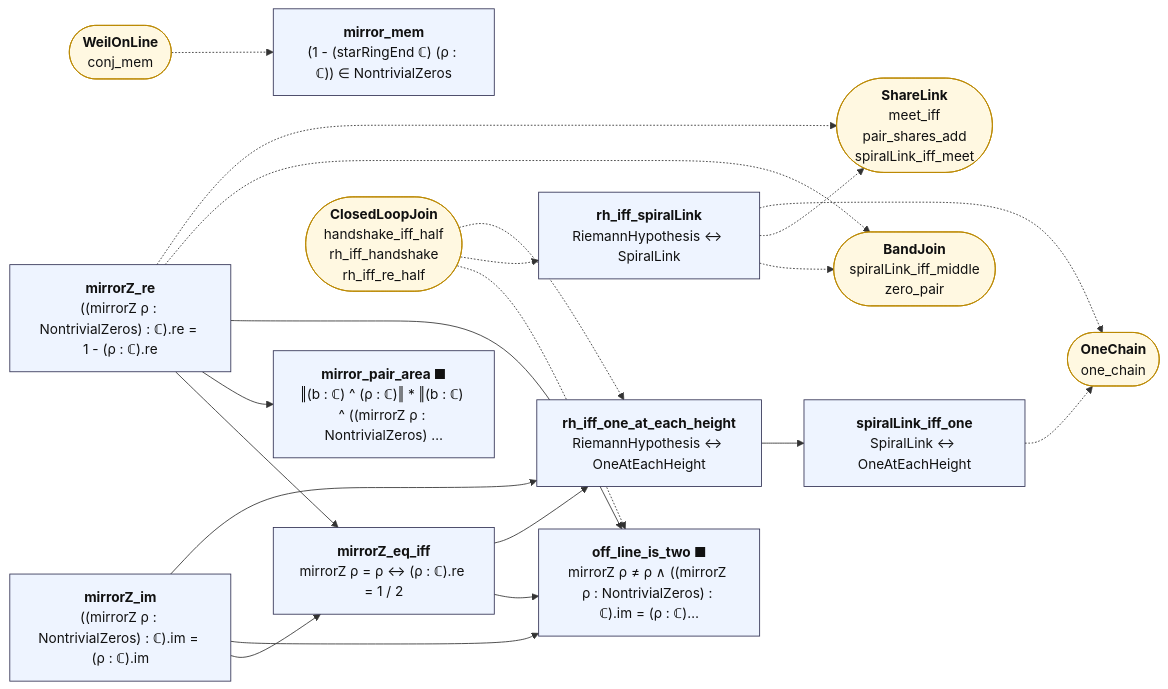
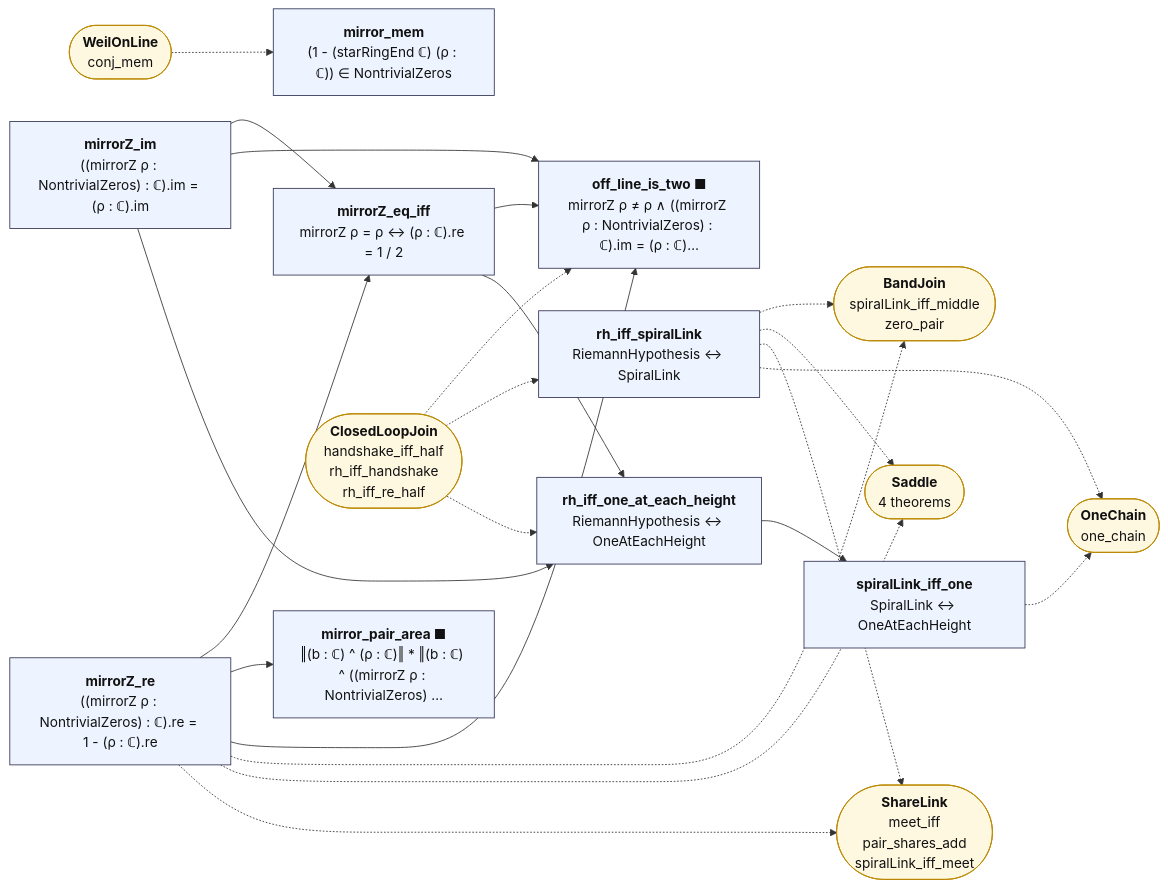
One commit to juliansambranojr/Primebeat_081426 changed the diagram in map/lean_stage3/SpiralLink.mmd. Above: the diagram before and after it, drawn with Mermaid. The commit also changed 38 other files, not shown here.

```diff
--- a/map/lean_stage3/SpiralLink.mmd
+++ b/map/lean_stage3/SpiralLink.mmd
@@ -1,42 +1,45 @@
 flowchart LR
   n0["<b>mirror_mem</b><br/>(1 - (starRingEnd ℂ) (ρ : ℂ)) ∈ NontrivialZeros"]:::thm
   n1["<b>mirrorZ_im</b><br/>((mirrorZ ρ : NontrivialZeros) : ℂ).im = (ρ : ℂ).im"]:::thm
   n2["<b>mirrorZ_re</b><br/>((mirrorZ ρ : NontrivialZeros) : ℂ).re = 1 - (ρ : ℂ).re"]:::thm
   n3["<b>mirrorZ_eq_iff</b><br/>mirrorZ ρ = ρ ↔ (ρ : ℂ).re = 1 / 2"]:::thm
   n4["<b>mirror_pair_area ■</b><br/>‖(b : ℂ) ^ (ρ : ℂ)‖ * ‖(b : ℂ) ^ ((mirrorZ ρ : NontrivialZeros) …"]:::thm
   n5["<b>off_line_is_two ■</b><br/>mirrorZ ρ ≠ ρ ∧ ((mirrorZ ρ : NontrivialZeros) : ℂ).im = (ρ : ℂ)…"]:::thm
   n6["<b>rh_iff_spiralLink</b><br/>RiemannHypothesis ↔ SpiralLink"]:::thm
   n7["<b>rh_iff_one_at_each_height</b><br/>RiemannHypothesis ↔ OneAtEachHeight"]:::thm
   n8["<b>spiralLink_iff_one</b><br/>SpiralLink ↔ OneAtEachHeight"]:::thm
   x0(["<b>WeilOnLine</b><br/>conj_mem"]):::ext
   x1(["<b>BandJoin</b><br/>spiralLink_iff_middle<br/>zero_pair"]):::ext
-  x2(["<b>ShareLink</b><br/>meet_iff<br/>pair_shares_add<br/>spiralLink_iff_meet"]):::ext
-  x3(["<b>ClosedLoopJoin</b><br/>handshake_iff_half<br/>rh_iff_handshake<br/>rh_iff_re_half"]):::ext
-  x4(["<b>OneChain</b><br/>one_chain"]):::ext
+  x2(["<b>Saddle</b><br/>4 theorems"]):::ext
+  x3(["<b>ShareLink</b><br/>meet_iff<br/>pair_shares_add<br/>spiralLink_iff_meet"]):::ext
+  x4(["<b>ClosedLoopJoin</b><br/>handshake_iff_half<br/>rh_iff_handshake<br/>rh_iff_re_half"]):::ext
+  x5(["<b>OneChain</b><br/>one_chain"]):::ext
   n1 --> n3
   n1 --> n5
   n1 --> n7
   n2 --> n3
   n2 --> n4
   n2 --> n5
   n3 --> n5
   n3 --> n7
   n7 --> n8
   n2 -.-> x1
   n2 -.-> x2
+  n2 -.-> x3
   n6 -.-> x1
   n6 -.-> x2
-  n6 -.-> x4
-  n8 -.-> x4
+  n6 -.-> x3
+  n6 -.-> x5
+  n8 -.-> x5
   x0 -.-> n0
-  x3 -.-> n5
-  x3 -.-> n6
-  x3 -.-> n7
+  x4 -.-> n5
+  x4 -.-> n6
+  x4 -.-> n7
   classDef cnt fill:#dff5ec,stroke:#17694a,color:#111
   classDef shp fill:#f1ecfb,stroke:#5b3fa0,color:#111
   classDef rh fill:#ffe5e5,stroke:#c22,color:#111,stroke-width:2px
   classDef thm fill:#eef4ff,stroke:#335,color:#111
   classDef end_ fill:#e7f7e7,stroke:#2a7,color:#111,stroke-width:2px
   classDef lone fill:#fff,stroke:#999,color:#111,stroke-dasharray:4 3
   classDef bad fill:#ffe5e5,stroke:#c22,color:#111,stroke-width:2px
   classDef ext fill:#fff8e1,stroke:#b80,color:#111
```
